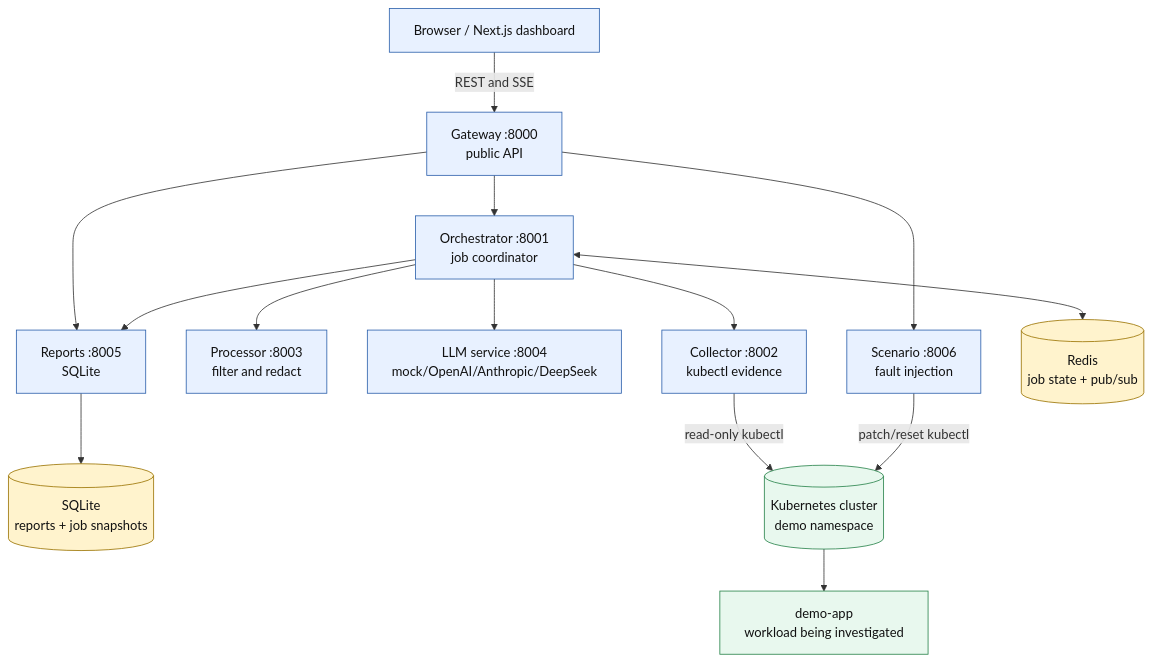
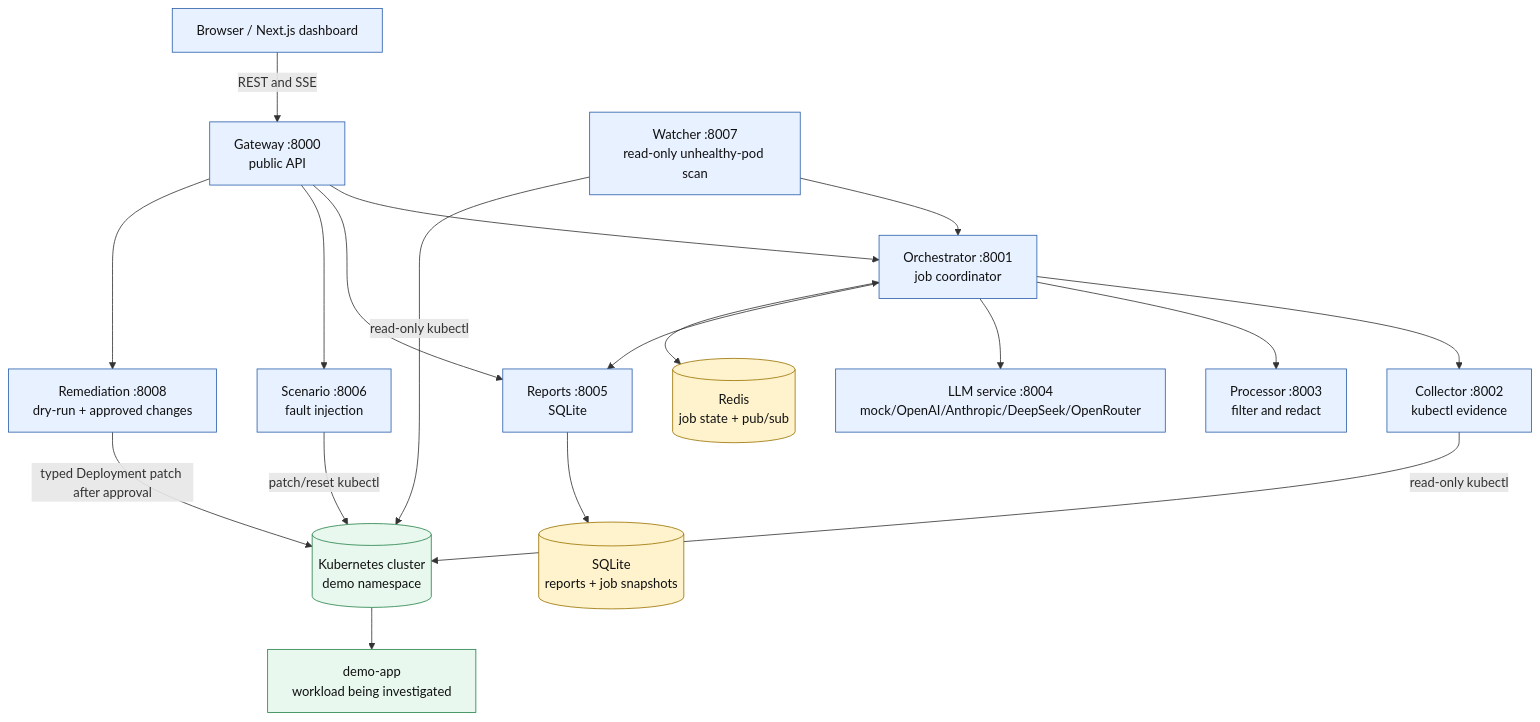
The first of 13 diagrams in docs/LEARN-THE-CODEBASE.md (1hirak/k8s-llm-incident-analyser-v2), drawn with Mermaid before and after one commit. The commit also changed other lines of this file and 9 other files, not shown here.

````diff
--- a/docs/LEARN-THE-CODEBASE.md
+++ b/docs/LEARN-THE-CODEBASE.md
@@ -54,36 +58,42 @@
 ```mermaid
 flowchart TD
     Browser[Browser / Next.js dashboard]
     Gateway[Gateway :8000<br/>public API]
     Orchestrator[Orchestrator :8001<br/>job coordinator]
     Collector[Collector :8002<br/>kubectl evidence]
     Processor[Processor :8003<br/>filter and redact]
-    LLM[LLM service :8004<br/>mock/OpenAI/Anthropic/DeepSeek]
+    LLM[LLM service :8004<br/>mock/OpenAI/Anthropic/DeepSeek/OpenRouter]
     Reports[Reports :8005<br/>SQLite]
     Scenario[Scenario :8006<br/>fault injection]
+    Watcher[Watcher :8007<br/>read-only unhealthy-pod scan]
+    Remediation[Remediation :8008<br/>dry-run + approved changes]
     Redis[(Redis<br/>job state + pub/sub)]
     SQLite[(SQLite<br/>reports + job snapshots)]
     K8s[(Kubernetes cluster<br/>demo namespace)]
     Demo[demo-app<br/>workload being investigated]
 
     Browser -->|REST and SSE| Gateway
     Gateway --> Orchestrator
     Gateway --> Reports
     Gateway --> Scenario
+    Gateway --> Remediation
+    Watcher --> Orchestrator
     Orchestrator --> Collector
     Orchestrator --> Processor
     Orchestrator --> LLM
     Orchestrator --> Reports
     Orchestrator <--> Redis
     Reports --> SQLite
     Collector -->|read-only kubectl| K8s
+    Watcher -->|read-only kubectl| K8s
     Scenario -->|patch/reset kubectl| K8s
+    Remediation -->|typed Deployment patch after approval| K8s
     K8s --> Demo
 
     classDef app fill:#e8f1ff,stroke:#2b5fab,color:#111;
     classDef store fill:#fff3cd,stroke:#9a7200,color:#111;
     classDef cluster fill:#e8f8ee,stroke:#27834a,color:#111;
-    class Browser,Gateway,Orchestrator,Collector,Processor,LLM,Reports,Scenario app;
+    class Browser,Gateway,Orchestrator,Collector,Processor,LLM,Reports,Scenario,Watcher,Remediation app;
     class Redis,SQLite store;
     class K8s,Demo cluster;
 ```
````
